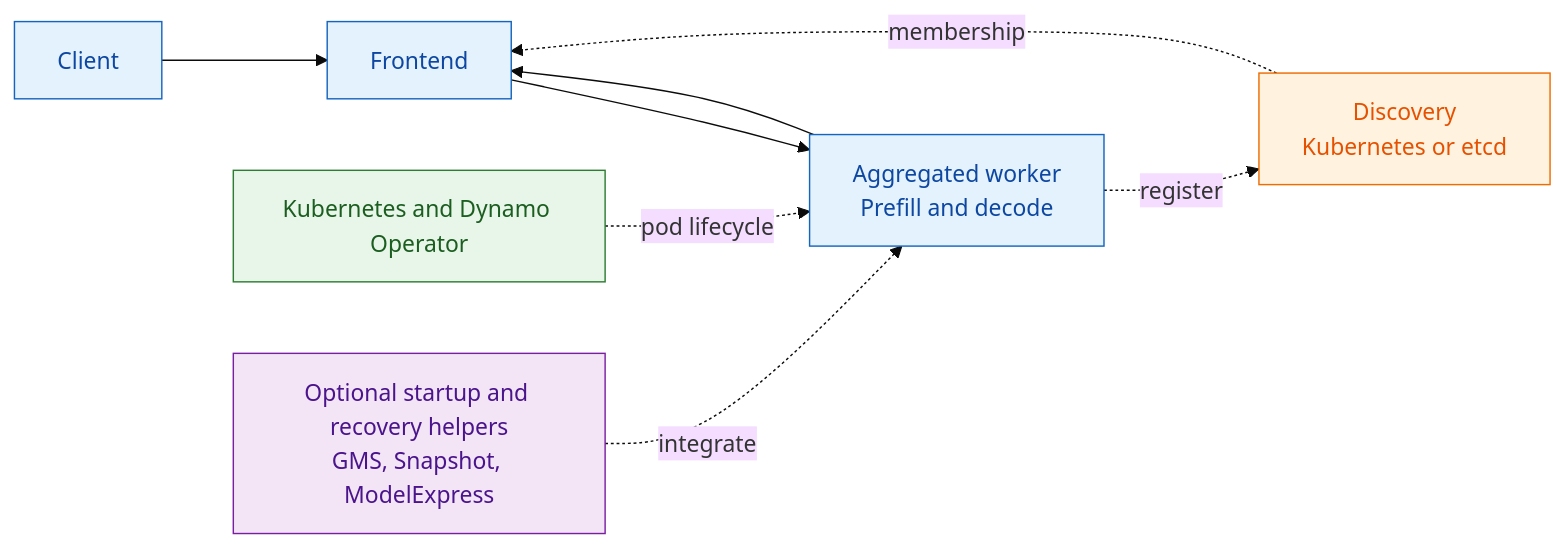
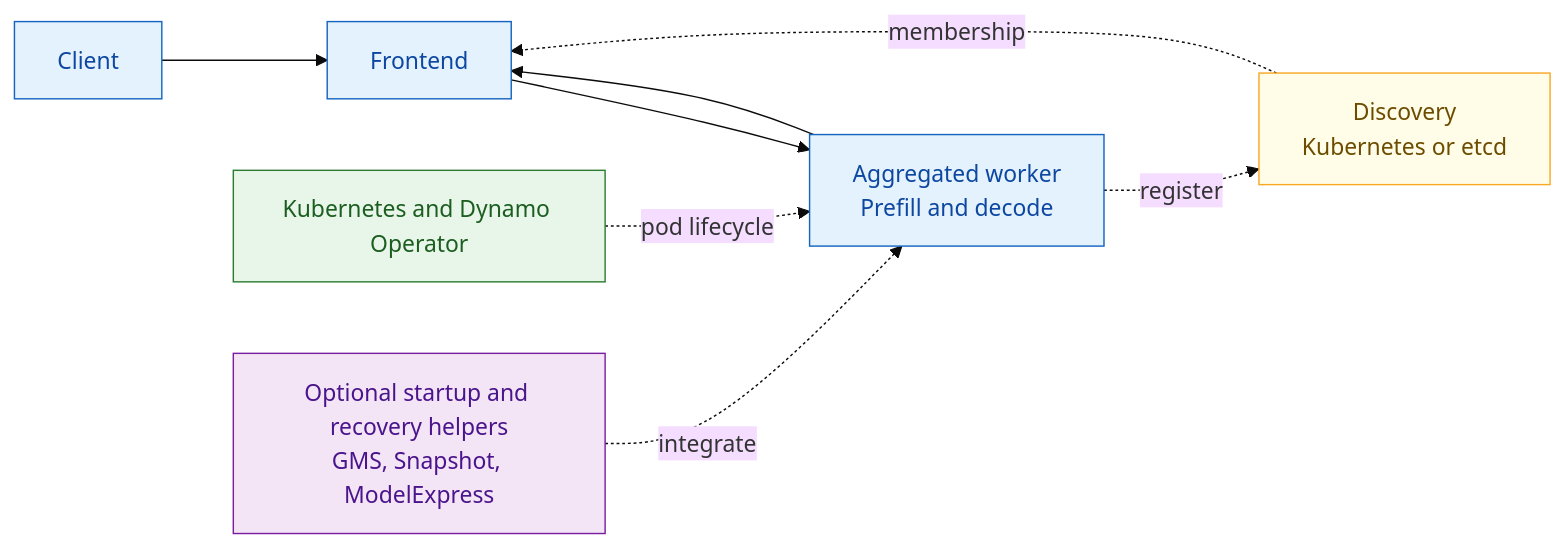
One commit to ai-dynamo/dynamo changed the first of 3 diagrams in docs/fern/pages/developer-guide/knowledge-base/concepts/fault-tolerance/fault-tolerance-architecture.md. Above: the diagram before and after it, drawn with Mermaid (base theme). The commit also changed other lines of this file, not shown here.

Commit message:
docs(fault-tolerance): clarify recovery boundaries

````diff
--- a/docs/fern/pages/developer-guide/knowledge-base/concepts/fault-tolerance/fault-tolerance-architecture.md
+++ b/docs/fern/pages/developer-guide/knowledge-base/concepts/fault-tolerance/fault-tolerance-architecture.md
@@ -26,21 +37,19 @@
 ```mermaid
 flowchart LR
-    classDef request fill:#E3F2FD,stroke:#1565C0,color:#0D47A1
-    classDef runtime fill:#FFF3E0,stroke:#EF6C00,color:#E65100
-    classDef platform fill:#E8F5E9,stroke:#2E7D32,color:#1B5E20
-    classDef optional fill:#F3E5F5,stroke:#7B1FA2,color:#4A148C
-
-    Client["Client"] --> Frontend["Frontend"]
-    Frontend --> Worker["Aggregated worker<br/>Prefill and decode"]
-    Worker --> Frontend
-
-    Discovery["Discovery<br/>Kubernetes or etcd"] -. membership .-> Frontend
-    Worker -. register .-> Discovery
-    Kubernetes["Kubernetes and Dynamo Operator"] -. pod lifecycle .-> Worker
-    Optional["Optional startup and recovery helpers<br/>GMS, Snapshot, ModelExpress"] -. integrate .-> Worker
-
-    class Client,Frontend,Worker request
-    class Discovery runtime
-    class Kubernetes platform
-    class Optional optional
+       classDef request fill:#E3F2FD,stroke:#1565C0,color:#0D47A1
+       classDef runtime fill:#FFF3E0,stroke:#EF6C00,color:#E65100
+       classDef discovery fill:#FFFDE7,stroke:#F9A825,color:#6D4C00
+       classDef platform fill:#E8F5E9,stroke:#2E7D32,color:#1B5E20
+       classDef optional fill:#F3E5F5,stroke:#7B1FA2,color:#4A148C
+       Client["Client"] --> Frontend["Frontend"]
+       Frontend --> Worker["Aggregated worker<br/>Prefill and decode"]
+       Worker --> Frontend
+       Discovery["Discovery<br/>Kubernetes or etcd"] -. membership .-> Frontend
+       Worker -. register .-> Discovery
+       Kubernetes["Kubernetes and Dynamo Operator"] -. pod lifecycle .-> Worker
+       Optional["Optional startup and recovery helpers<br/>GMS, Snapshot, ModelExpress"] -. integrate .-> Worker
+       class Client,Frontend,Worker request
+       class Discovery discovery
+       class Kubernetes platform
+       class Optional optional
 ```
````
